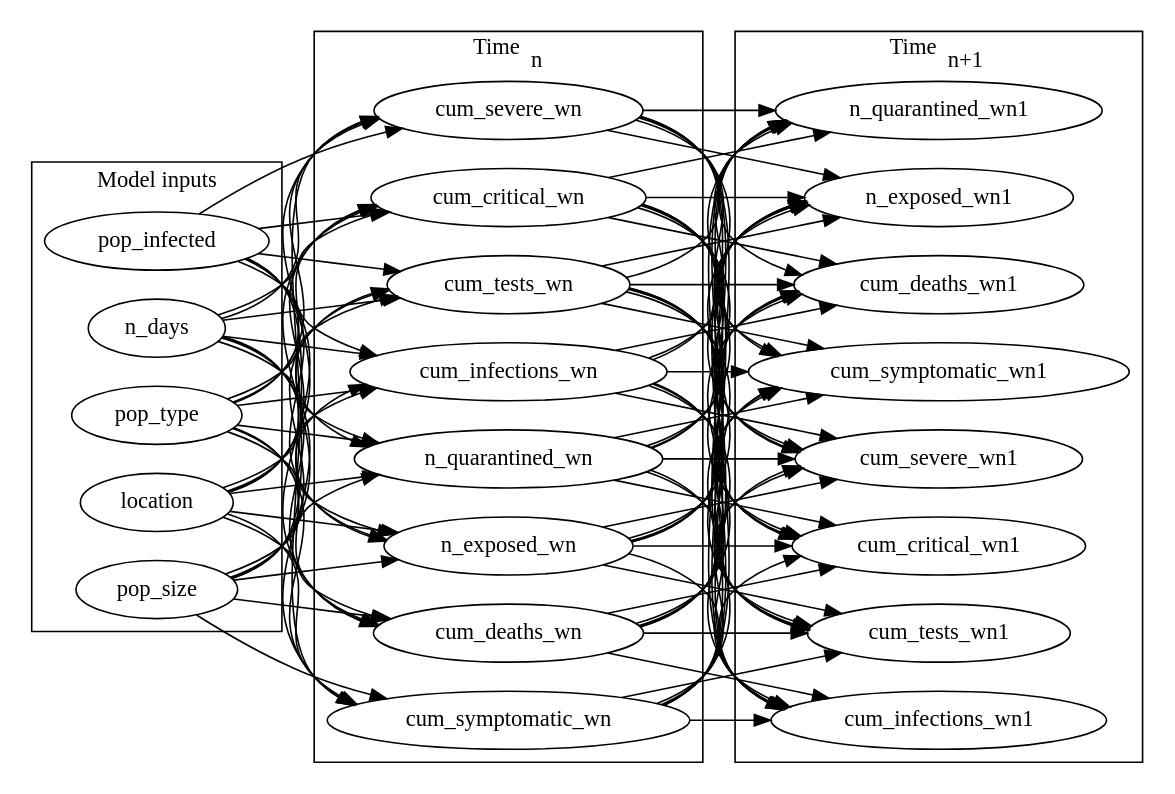
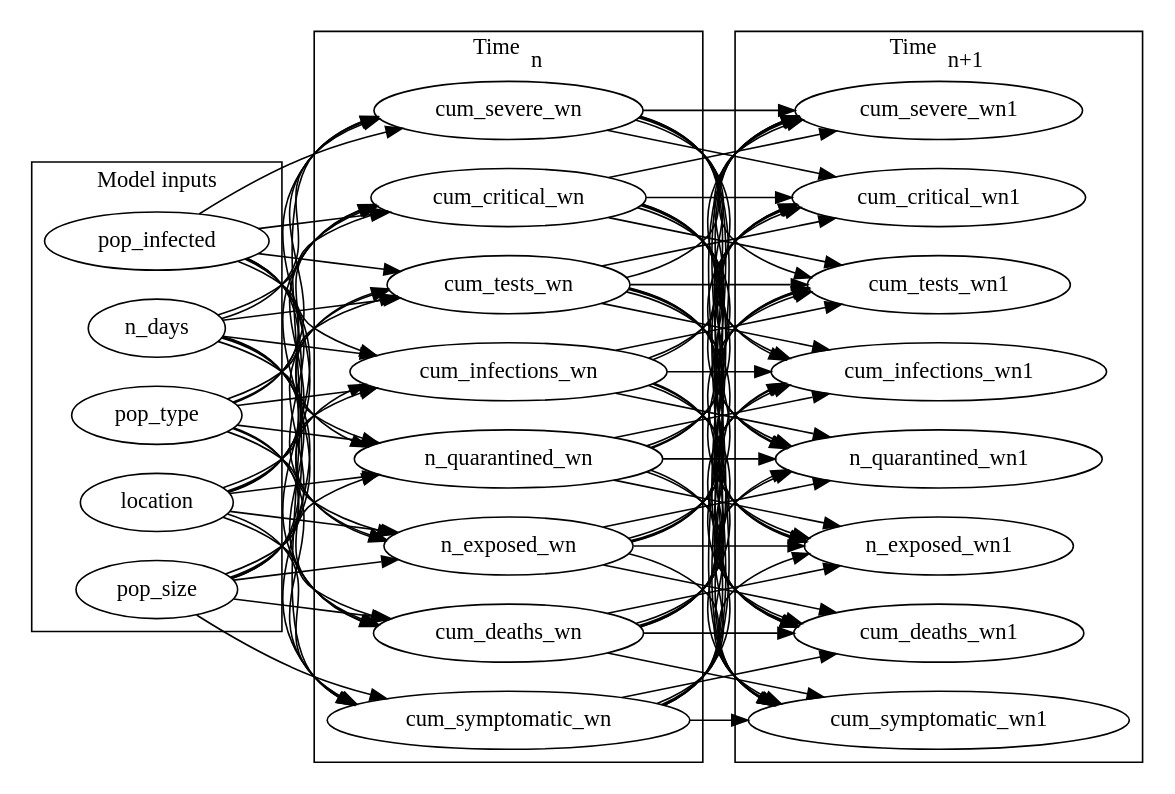
Before and after one commit to CITCOM-project/causcumber: the diagram in scenarios/compare-interventions/dags/repeating_unit_connected.dot, drawn with Graphviz. The commit also changed 17 other files, not shown here.

```diff
--- a/scenarios/compare-interventions/dags/repeating_unit_connected.dot
+++ b/scenarios/compare-interventions/dags/repeating_unit_connected.dot
@@ -1,139 +1,139 @@
 digraph "" {
 	graph [newrank=True,
 		rankdir=LR
 	];
-	subgraph cluster_tn1 {
-		graph [label=<Time<sub>n+1</sub>>];
-		cum_severe_wn1;
-		cum_critical_wn1;
-		cum_tests_wn1;
-		cum_infections_wn1;
-		n_quarantined_wn1;
-		n_exposed_wn1;
-		cum_deaths_wn1;
-		cum_symptomatic_wn1;
-	}
 	subgraph cluster_inputs {
 		graph [label="Model inputs"];
 		pop_size;
 		pop_infected;
 		n_days;
 		pop_type;
 		location;
 	}
 	subgraph cluster_tn {
-		graph [label=<Time<sub>n</sub>>];
-		cum_severe_wn;
-		cum_critical_wn;
-		cum_tests_wn;
-		cum_infections_wn;
-		n_quarantined_wn;
-		n_exposed_wn;
-		cum_deaths_wn;
-		cum_symptomatic_wn;
-	}
+	graph [label=<Time<sub>n</sub>>];
+	cum_severe_wn;
+	cum_critical_wn;
+	cum_tests_wn;
+	cum_infections_wn;
+	n_quarantined_wn;
+	n_exposed_wn;
+	cum_deaths_wn;
+	cum_symptomatic_wn;
+}
+	subgraph cluster_tn1 {
+	graph [label=<Time<sub>n+1</sub>>];
+	cum_severe_wn1;
+	cum_critical_wn1;
+	cum_tests_wn1;
+	cum_infections_wn1;
+	n_quarantined_wn1;
+	n_exposed_wn1;
+	cum_deaths_wn1;
+	cum_symptomatic_wn1;
+}
 	pop_size -> cum_severe_wn;
 	pop_size -> cum_critical_wn;
 	pop_size -> cum_tests_wn;
 	pop_size -> cum_infections_wn;
 	pop_size -> n_quarantined_wn;
 	pop_size -> n_exposed_wn;
 	pop_size -> cum_deaths_wn;
 	pop_size -> cum_symptomatic_wn;
 	pop_infected -> cum_severe_wn;
 	pop_infected -> cum_critical_wn;
 	pop_infected -> cum_tests_wn;
 	pop_infected -> cum_infections_wn;
 	pop_infected -> n_quarantined_wn;
 	pop_infected -> n_exposed_wn;
 	pop_infected -> cum_deaths_wn;
 	pop_infected -> cum_symptomatic_wn;
 	n_days -> cum_severe_wn;
 	n_days -> cum_critical_wn;
 	n_days -> cum_tests_wn;
 	n_days -> cum_infections_wn;
 	n_days -> n_quarantined_wn;
 	n_days -> n_exposed_wn;
 	n_days -> cum_deaths_wn;
 	n_days -> cum_symptomatic_wn;
 	pop_type -> cum_severe_wn;
 	pop_type -> cum_critical_wn;
 	pop_type -> cum_tests_wn;
 	pop_type -> cum_infections_wn;
 	pop_type -> n_quarantined_wn;
 	pop_type -> n_exposed_wn;
 	pop_type -> cum_deaths_wn;
 	pop_type -> cum_symptomatic_wn;
 	location -> cum_severe_wn;
 	location -> cum_critical_wn;
 	location -> cum_tests_wn;
 	location -> cum_infections_wn;
 	location -> n_quarantined_wn;
 	location -> n_exposed_wn;
 	location -> cum_deaths_wn;
 	location -> cum_symptomatic_wn;
 	cum_severe_wn -> cum_severe_wn1;
 	cum_severe_wn -> cum_critical_wn1;
 	cum_severe_wn -> cum_tests_wn1;
 	cum_severe_wn -> cum_infections_wn1;
 	cum_severe_wn -> n_quarantined_wn1;
 	cum_severe_wn -> n_exposed_wn1;
 	cum_severe_wn -> cum_deaths_wn1;
 	cum_severe_wn -> cum_symptomatic_wn1;
 	cum_critical_wn -> cum_severe_wn1;
 	cum_critical_wn -> cum_critical_wn1;
 	cum_critical_wn -> cum_tests_wn1;
 	cum_critical_wn -> cum_infections_wn1;
 	cum_critical_wn -> n_quarantined_wn1;
 	cum_critical_wn -> n_exposed_wn1;
 	cum_critical_wn -> cum_deaths_wn1;
 	cum_critical_wn -> cum_symptomatic_wn1;
 	cum_tests_wn -> cum_severe_wn1;
 	cum_tests_wn -> cum_critical_wn1;
 	cum_tests_wn -> cum_tests_wn1;
 	cum_tests_wn -> cum_infections_wn1;
 	cum_tests_wn -> n_quarantined_wn1;
 	cum_tests_wn -> n_exposed_wn1;
 	cum_tests_wn -> cum_deaths_wn1;
 	cum_tests_wn -> cum_symptomatic_wn1;
 	cum_infections_wn -> cum_severe_wn1;
 	cum_infections_wn -> cum_critical_wn1;
 	cum_infections_wn -> cum_tests_wn1;
 	cum_infections_wn -> cum_infections_wn1;
 	cum_infections_wn -> n_quarantined_wn1;
 	cum_infections_wn -> n_exposed_wn1;
 	cum_infections_wn -> cum_deaths_wn1;
 	cum_infections_wn -> cum_symptomatic_wn1;
 	n_quarantined_wn -> cum_severe_wn1;
 	n_quarantined_wn -> cum_critical_wn1;
 	n_quarantined_wn -> cum_tests_wn1;
 	n_quarantined_wn -> cum_infections_wn1;
 	n_quarantined_wn -> n_quarantined_wn1;
 	n_quarantined_wn -> n_exposed_wn1;
 	n_quarantined_wn -> cum_deaths_wn1;
 	n_quarantined_wn -> cum_symptomatic_wn1;
 	n_exposed_wn -> cum_severe_wn1;
 	n_exposed_wn -> cum_critical_wn1;
 	n_exposed_wn -> cum_tests_wn1;
 	n_exposed_wn -> cum_infections_wn1;
 	n_exposed_wn -> n_quarantined_wn1;
 	n_exposed_wn -> n_exposed_wn1;
 	n_exposed_wn -> cum_deaths_wn1;
 	n_exposed_wn -> cum_symptomatic_wn1;
 	cum_deaths_wn -> cum_severe_wn1;
 	cum_deaths_wn -> cum_critical_wn1;
 	cum_deaths_wn -> cum_tests_wn1;
 	cum_deaths_wn -> cum_infections_wn1;
 	cum_deaths_wn -> n_quarantined_wn1;
 	cum_deaths_wn -> n_exposed_wn1;
 	cum_deaths_wn -> cum_deaths_wn1;
 	cum_deaths_wn -> cum_symptomatic_wn1;
 	cum_symptomatic_wn -> cum_severe_wn1;
 	cum_symptomatic_wn -> cum_critical_wn1;
 	cum_symptomatic_wn -> cum_tests_wn1;
 	cum_symptomatic_wn -> cum_infections_wn1;
 	cum_symptomatic_wn -> n_quarantined_wn1;
 	cum_symptomatic_wn -> n_exposed_wn1;
 	cum_symptomatic_wn -> cum_deaths_wn1;
 	cum_symptomatic_wn -> cum_symptomatic_wn1;
 }
```
